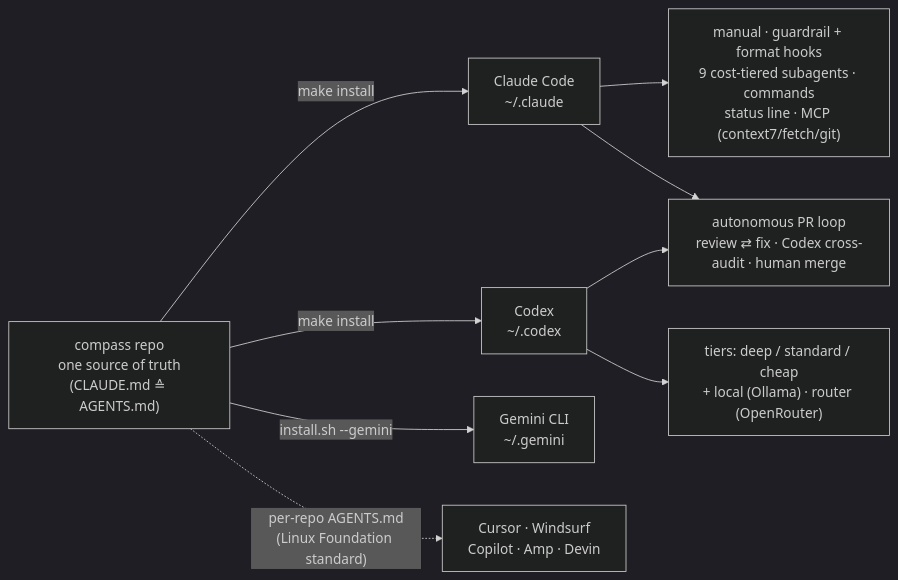
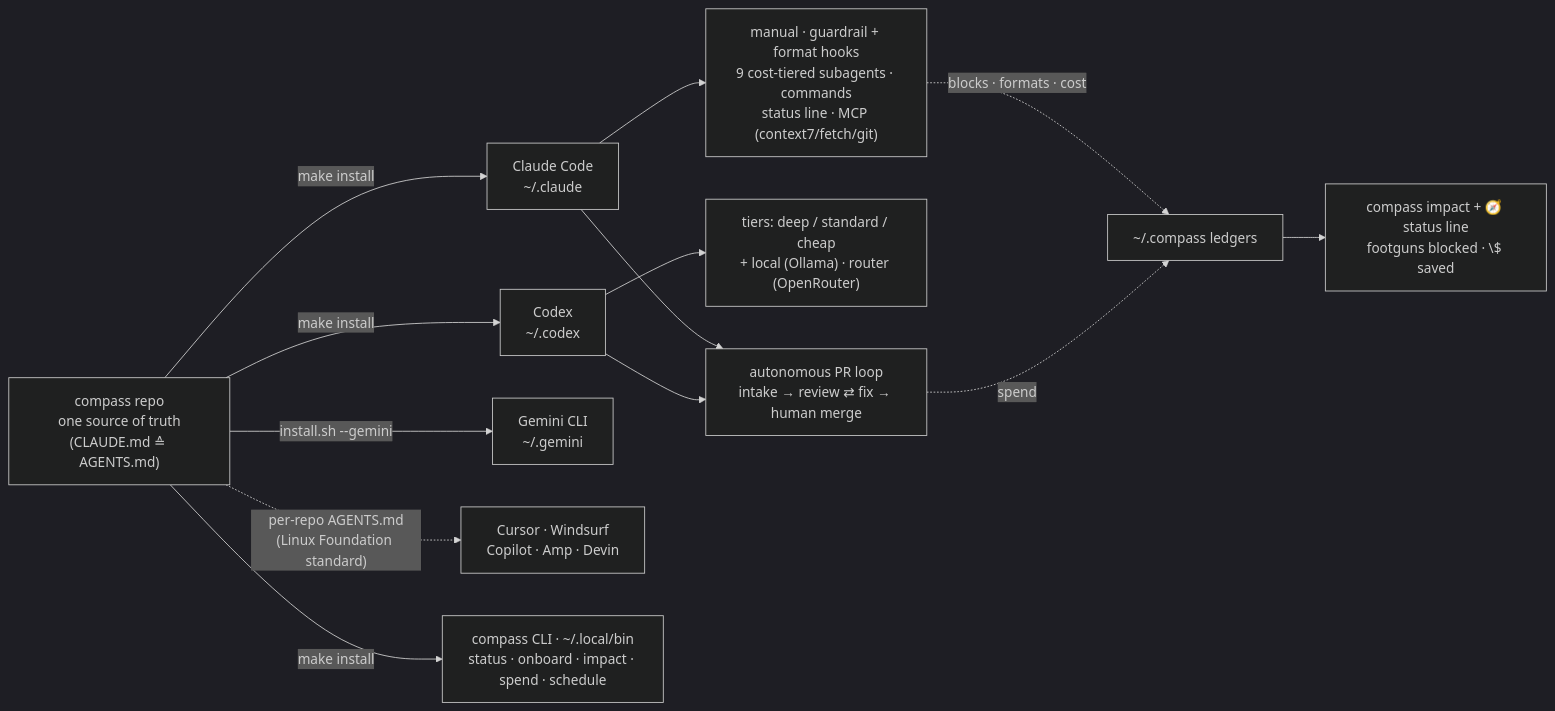
Before and after one commit to dshakes/agent-settings: the first of 2 diagrams in README.md, drawn with Mermaid (dark theme). The commit also changed 1 other file, not shown here.

Commit message:
docs(diagrams): update architecture for new additions
- hero.svg: subtitle now Claude Code · Codex · Gemini (was missing Gemini); third agent box
  (Gemini · Cursor); counts corrected to 9 subagents · 12 commands + compass CLI + impact.
- README 'How it fits together' Mermaid: add the compass CLI (~/.local/bin) and the
  observability path (hooks/loop → ~/.compass ledgers → compass impact + 🧭 status line);
  loop label now 'intake → review ⇄ fix → human merge'.
Verified hero.svg renders (headless Chrome); README fences balanced.

````diff
--- a/README.md
+++ b/README.md
@@ -133,14 +133,20 @@
 ```mermaid
 flowchart LR
   repo["compass repo<br/>one source of truth<br/>(CLAUDE.md ≙ AGENTS.md)"]
   repo -->|"make install"| claude["Claude Code<br/>~/.claude"]
   repo -->|"make install"| codex["Codex<br/>~/.codex"]
   repo -->|"install.sh --gemini"| gemini["Gemini CLI<br/>~/.gemini"]
   repo -. "per-repo AGENTS.md<br/>(Linux Foundation standard)" .-> ides["Cursor · Windsurf<br/>Copilot · Amp · Devin"]
 
+  repo -->|"make install"| cli["compass CLI · ~/.local/bin<br/>status · onboard · impact · spend · schedule"]
+
   claude --> bundle["manual · guardrail + format hooks<br/>9 cost-tiered subagents · commands<br/>status line · MCP (context7/fetch/git)"]
   codex --> tiers["tiers: deep / standard / cheap<br/>+ local (Ollama) · router (OpenRouter)"]
 
-  claude --> loop["autonomous PR loop<br/>review ⇄ fix · Codex cross-audit · human merge"]
+  claude --> loop["autonomous PR loop<br/>intake → review ⇄ fix → human merge"]
   codex --> loop
+
+  bundle -. "blocks · formats · cost" .-> obs["~/.compass ledgers"]
+  loop -. "spend" .-> obs
+  obs --> impact["compass impact + 🧭 status line<br/>footguns blocked · \$ saved"]
 ```
````
